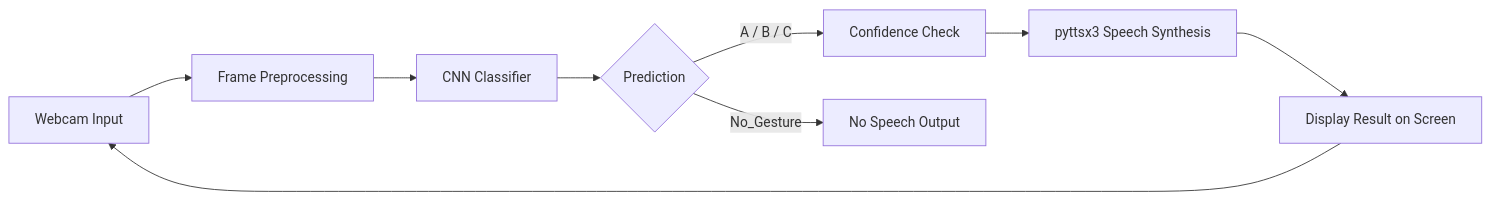
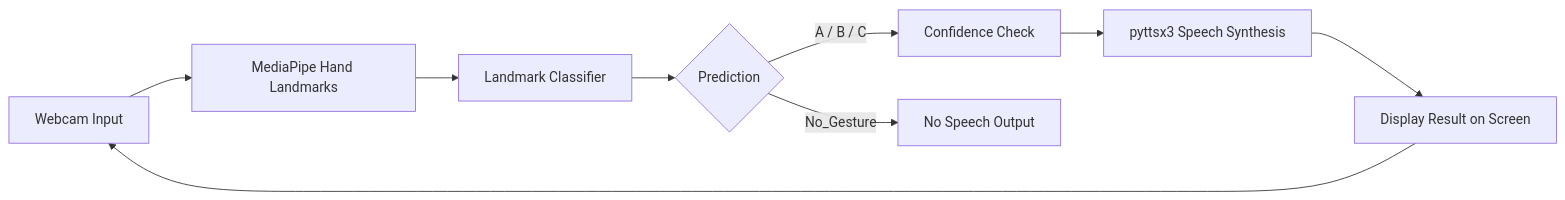
One commit to c0dengineer/MudraAI changed the diagram in README.md. Above: the diagram before and after it, drawn with Mermaid. The commit also changed other lines of this file and 14 other files, not shown here.

Commit message:
Switch gesture recognition to landmark classifier

````diff
--- a/README.md
+++ b/README.md
@@ -27,11 +27,11 @@
 ```mermaid
 flowchart LR
-    A[Webcam Input] --> B[Frame Preprocessing]
-    B --> C[CNN Classifier]
+    A[Webcam Input] --> B[MediaPipe Hand Landmarks]
+    B --> C[Landmark Classifier]
     C --> D{Prediction}
     D -->|A / B / C| E[Confidence Check]
     D -->|No_Gesture| F[No Speech Output]
     E --> G[pyttsx3 Speech Synthesis]
     G --> H[Display Result on Screen]
     H --> A
 ```
````
